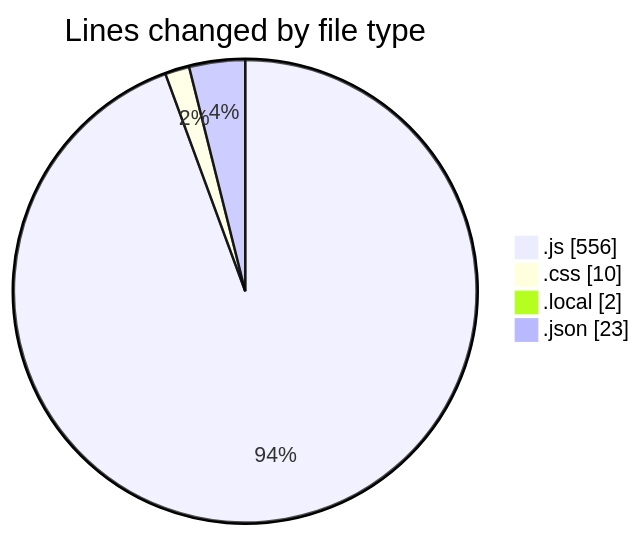
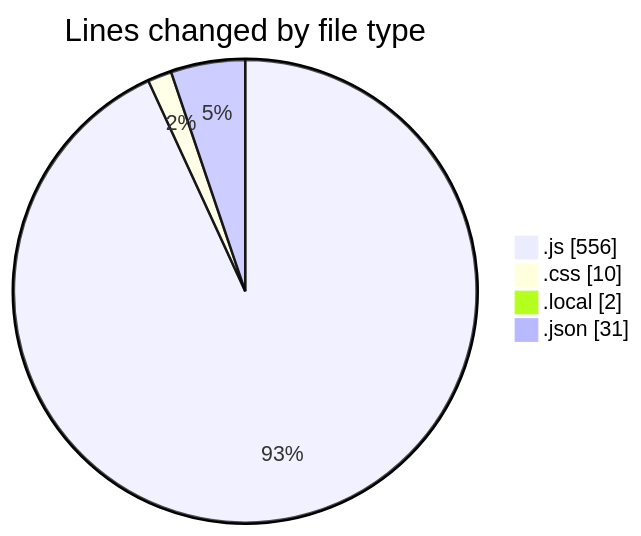
One commit to Ritupan-Deka/code-tracking changed the first of 2 diagrams in 2025-05-04/houserentalservice/README.md. Above: the diagram before and after it, drawn with Mermaid. The commit also changed other lines of this file and 1 other file, not shown here.

````diff
--- a/2025-05-04/houserentalservice/README.md
+++ b/2025-05-04/houserentalservice/README.md
@@ -37,8 +38,8 @@
 ```mermaid
 pie showData
 title Lines changed by file type
 ".js" : 556
 ".css" : 10
 ".local" : 2
-".json" : 23
+".json" : 31
 ```
````
